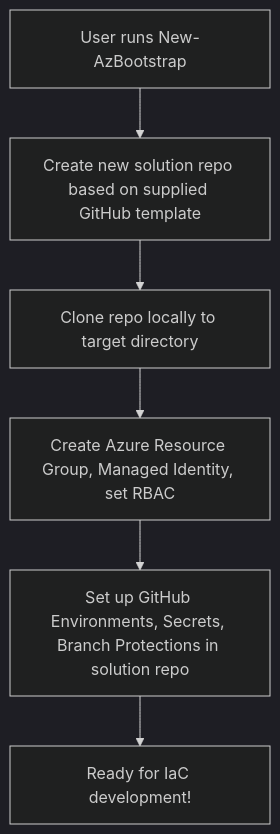
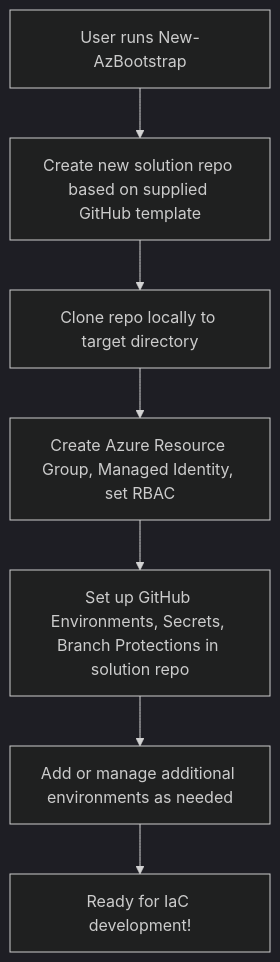
One commit to kewalaka/az-bootstrap changed the diagram in DESIGN.md. Above: the diagram before and after it, drawn with Mermaid (dark theme). The commit also changed other lines of this file and 31 other files, not shown here.

````diff
--- a/DESIGN.md
+++ b/DESIGN.md
@@ -35,8 +44,9 @@
 ```mermaid
 flowchart TD
     A[User runs New-AzBootstrap] --> B[Create new solution repo based on supplied GitHub template]
     B --> C[Clone repo locally to target directory]
     C --> D[Create Azure Resource Group, Managed Identity, set RBAC]
     D --> E[Set up GitHub Environments, Secrets, Branch Protections in solution repo]
-    E --> F[Ready for IaC development!]
+    E --> F[Add or manage additional environments as needed]
+    F --> G[Ready for IaC development!]
 ```
````
